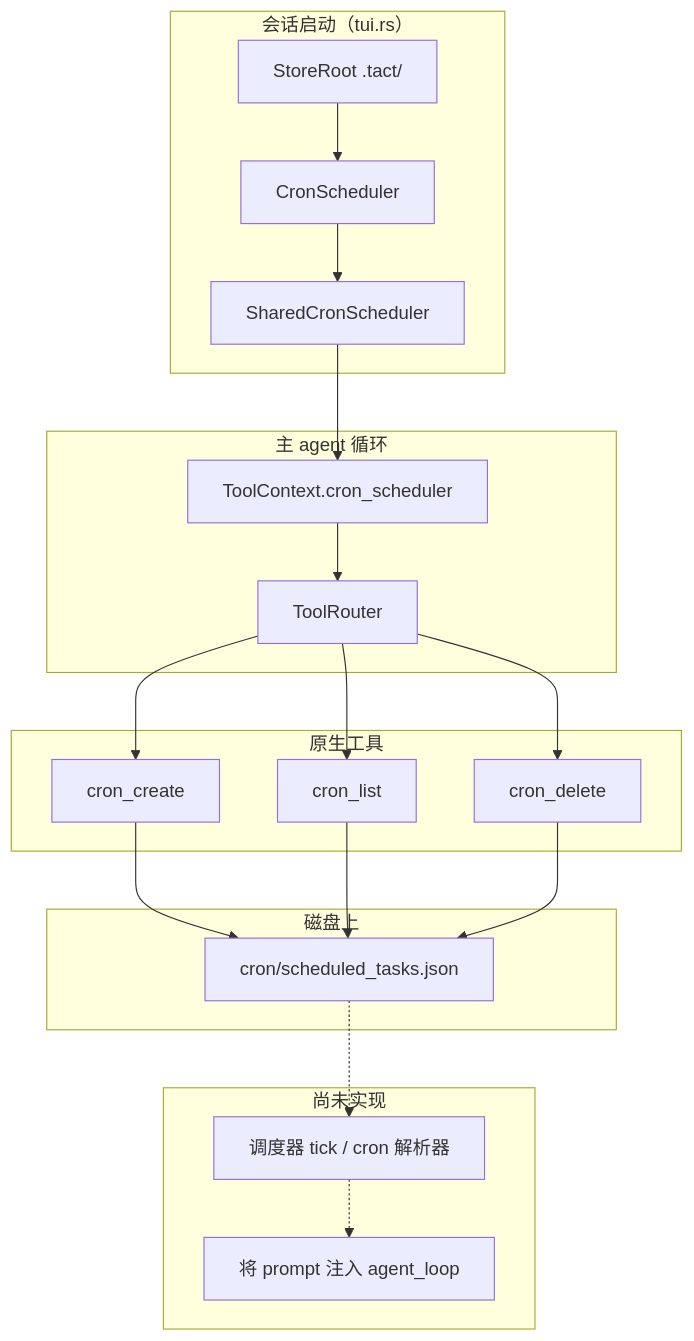
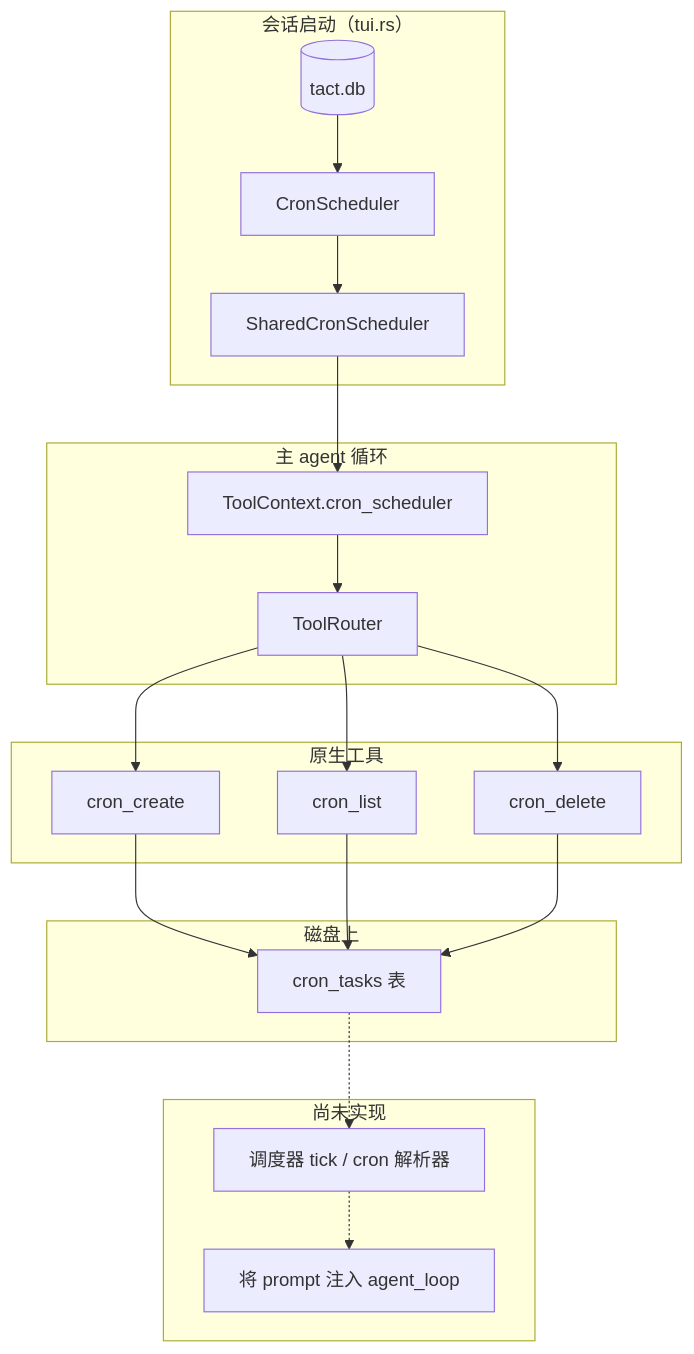
One commit to rust-infra/tact changed the first of 2 diagrams in book/16_chapter_cron_zh.md. Above: the diagram before and after it, drawn with Mermaid. The commit also changed other lines of this file and 344 other files, not shown here.

````diff
--- a/book/16_chapter_cron_zh.md
+++ b/book/16_chapter_cron_zh.md
@@ -28,41 +28,41 @@
 ```mermaid
 graph TB
     subgraph Entry["会话启动（tui.rs）"]
-        SR[StoreRoot .tact/]
+        DB[(tact.db)]
         CS[CronScheduler]
         SCS[SharedCronScheduler]
-        SR --> CS
+        DB --> CS
         CS --> SCS
     end
 
     subgraph Agent["主 agent 循环"]
         TC[ToolContext.cron_scheduler]
         TR[ToolRouter]
         SCS --> TC
         TC --> TR
     end
 
     subgraph Tools["原生工具"]
         CC[cron_create]
         CL[cron_list]
         CD[cron_delete]
         TR --> CC
         TR --> CL
         TR --> CD
     end
 
     subgraph Store["磁盘上"]
-        JSON["cron/scheduled_tasks.json"]
-        CC --> JSON
-        CL --> JSON
-        CD --> JSON
+        TBL[cron_tasks 表]
+        CC --> TBL
+        CL --> TBL
+        CD --> TBL
     end
 
     subgraph Missing["尚未实现"]
         TICK[调度器 tick / cron 解析器]
         LOOP[将 prompt 注入 agent_loop]
     end
 
-    JSON -.-> TICK
+    TBL -.-> TICK
     TICK -.-> LOOP
 ```
````
